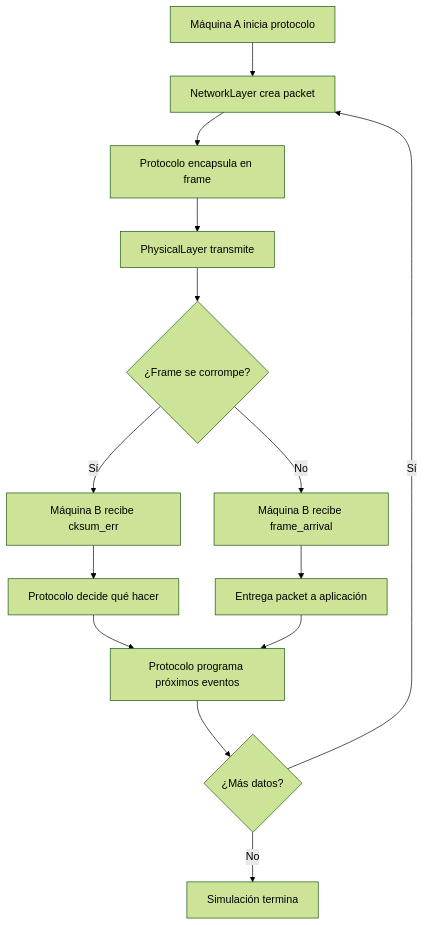
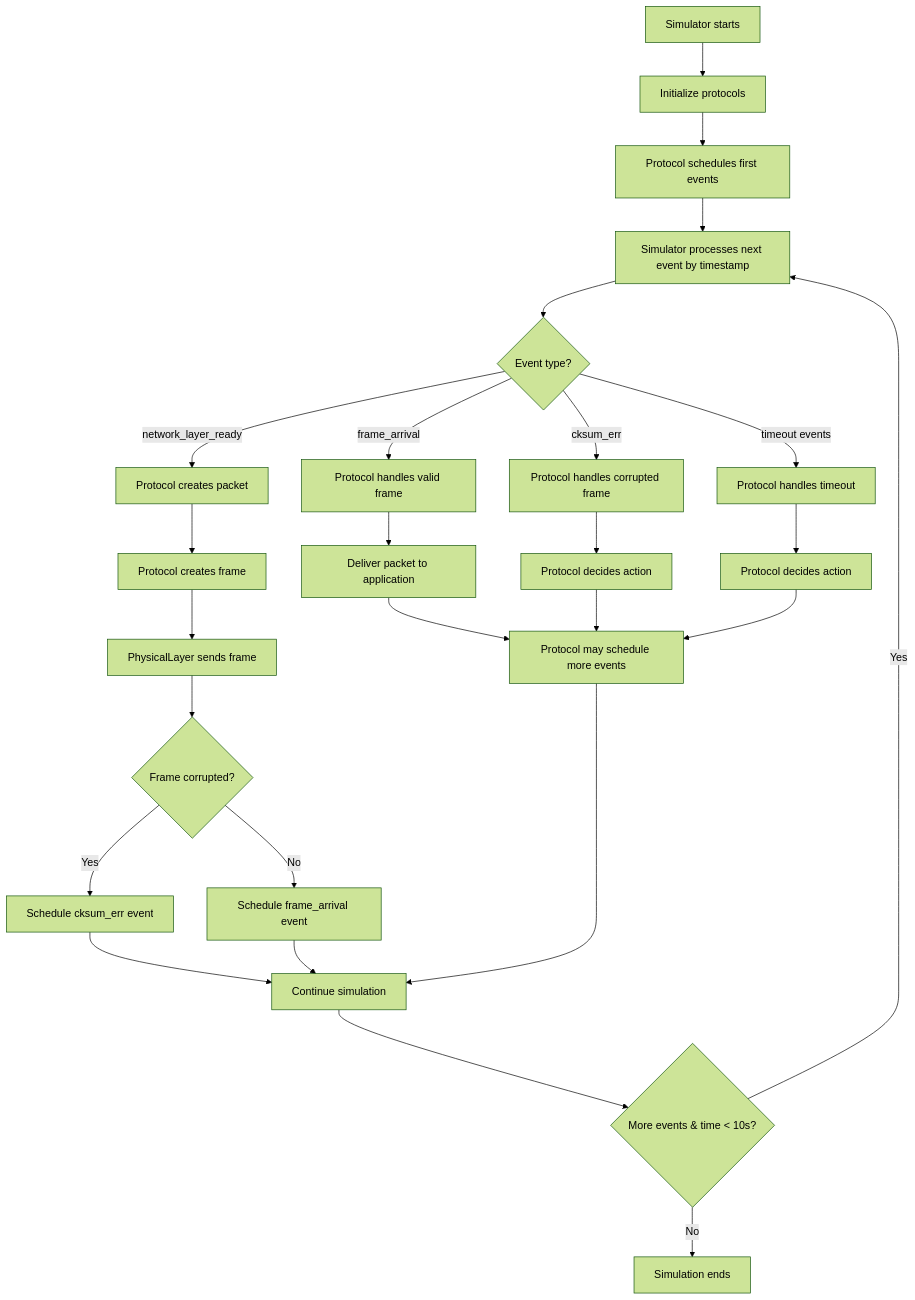
One commit to PavsTEC/network_simulator changed the first of 2 diagrams in README.md. Above: the diagram before and after it, drawn with Mermaid (forest theme). The commit also changed other lines of this file, not shown here.

````diff
--- a/README.md
+++ b/README.md
@@ -19,16 +19,34 @@
 ```mermaid
 flowchart TD
-    A[Máquina A inicia protocolo] --> B[NetworkLayer crea packet]
-    B --> C[Protocolo encapsula en frame]
-    C --> D[PhysicalLayer transmite]
-    D --> E{¿Frame se corrompe?}
-    E -->|Sí| F[Máquina B recibe cksum_err]
-    E -->|No| G[Máquina B recibe frame_arrival]
-    F --> H[Protocolo decide qué hacer]
-    G --> I[Entrega packet a aplicación]
-    H --> J[Protocolo programa próximos eventos]
-    I --> J
-    J --> K{¿Más datos?}
-    K -->|Sí| B
-    K -->|No| L[Simulación termina]
+    A[Simulator starts] --> B[Initialize protocols]
+    B --> C[Protocol schedules first events]
+    C --> D[Simulator processes next event by timestamp]
+    D --> E{Event type?}
+
+    E -->|network_layer_ready| F[Protocol creates packet]
+    F --> G[Protocol creates frame]
+    G --> H[PhysicalLayer sends frame]
+    H --> I{Frame corrupted?}
+    I -->|Yes| J[Schedule cksum_err event]
+    I -->|No| K[Schedule frame_arrival event]
+
+    E -->|frame_arrival| L[Protocol handles valid frame]
+    L --> M[Deliver packet to application]
+
+    E -->|cksum_err| N[Protocol handles corrupted frame]
+    N --> O[Protocol decides action]
+
+    E -->|timeout events| P[Protocol handles timeout]
+    P --> Q[Protocol decides action]
+
+    J --> R[Continue simulation]
+    K --> R
+    M --> S[Protocol may schedule more events]
+    O --> S
+    Q --> S
+    S --> R
+
+    R --> T{More events & time < 10s?}
+    T -->|Yes| D
+    T -->|No| U[Simulation ends]
 ```
````
